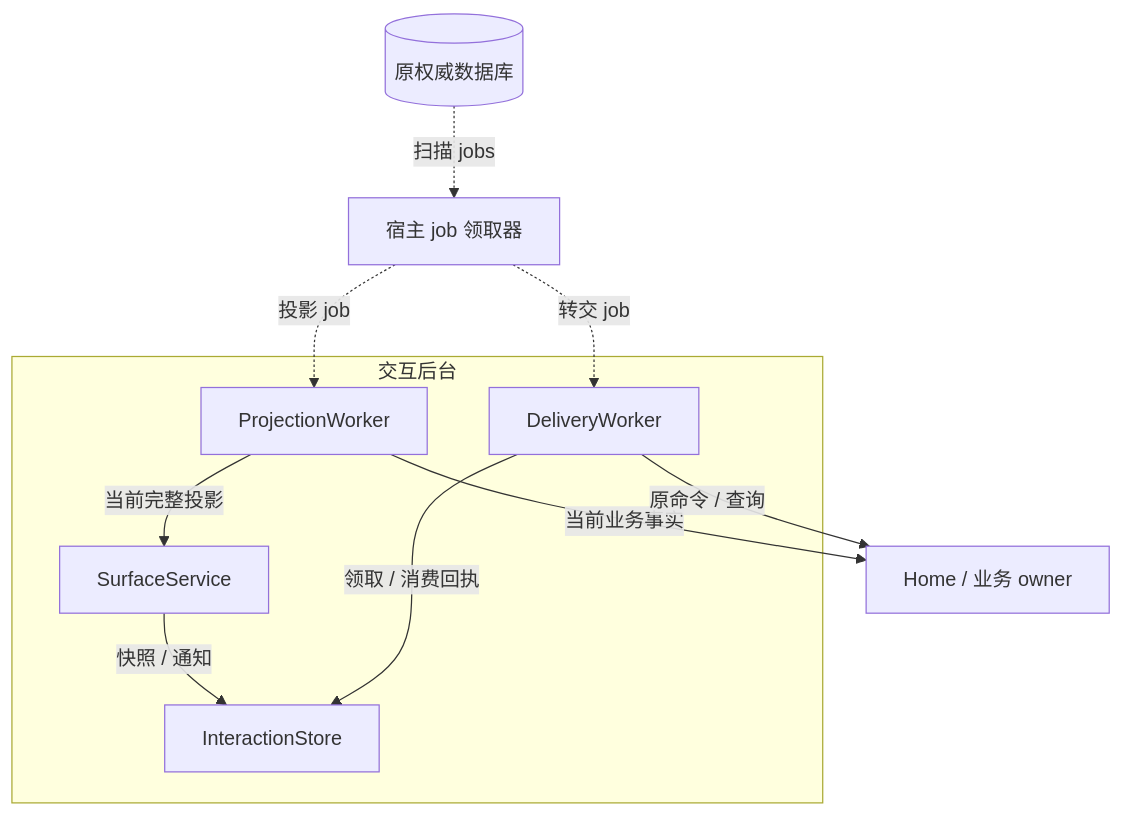
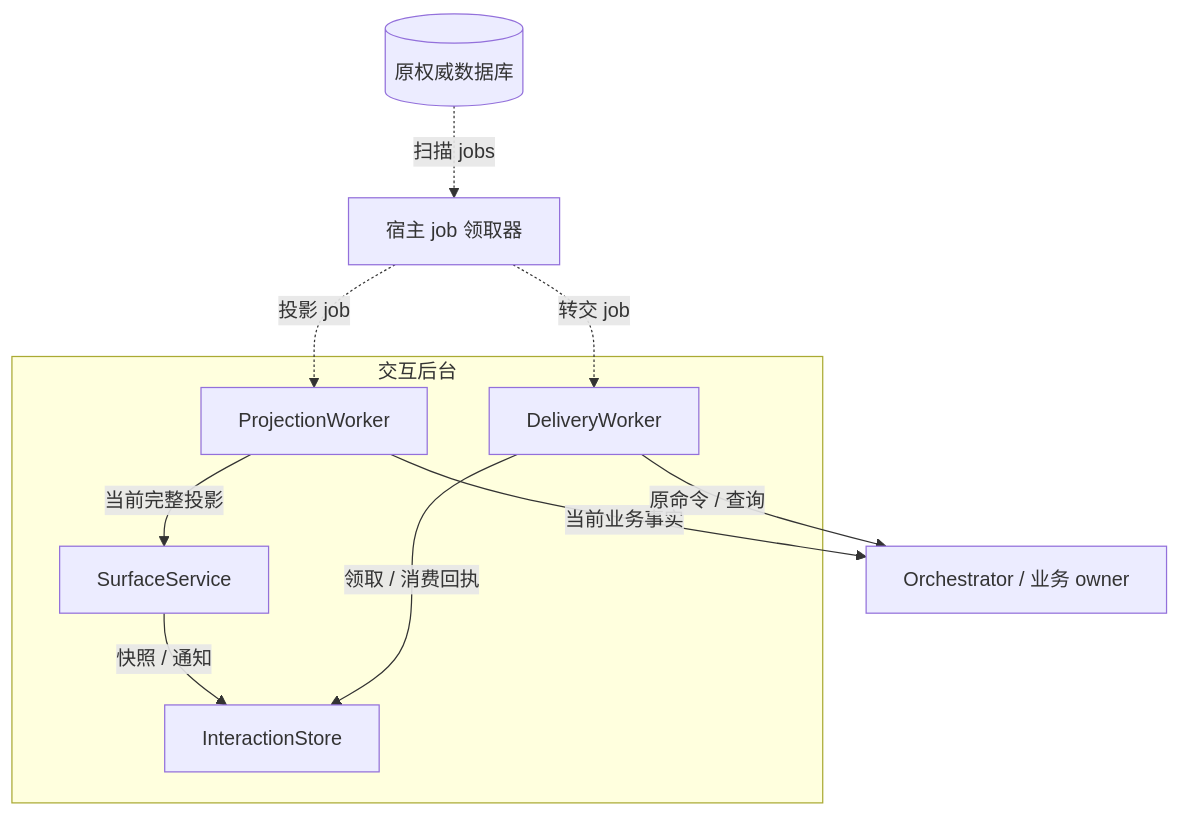
The second of 5 diagrams in docs/architecture/interaction/implementation.md (ruipengliu/lerna), drawn with Mermaid before and after one commit. The commit also changed other lines of this file and 174 other files, not shown here.

````diff
--- a/docs/architecture/interaction/implementation.md
+++ b/docs/architecture/interaction/implementation.md
@@ -56,17 +56,17 @@
 ```mermaid
 flowchart TB
     DB[(原权威数据库)] -.扫描 jobs.-> J[宿主 job 领取器]
     subgraph M[交互后台]
       P[ProjectionWorker]
       W[DeliveryWorker]
       S[SurfaceService]
       K[InteractionStore]
       P -->|当前完整投影| S
       S -->|快照 / 通知| K
       W -->|领取 / 消费回执| K
     end
     J -.投影 job.-> P
     J -.转交 job.-> W
-    P -->|当前业务事实| H[Home / 业务 owner]
+    P -->|当前业务事实| H[Orchestrator / 业务 owner]
     W -->|原命令 / 查询| H
 ```
````
